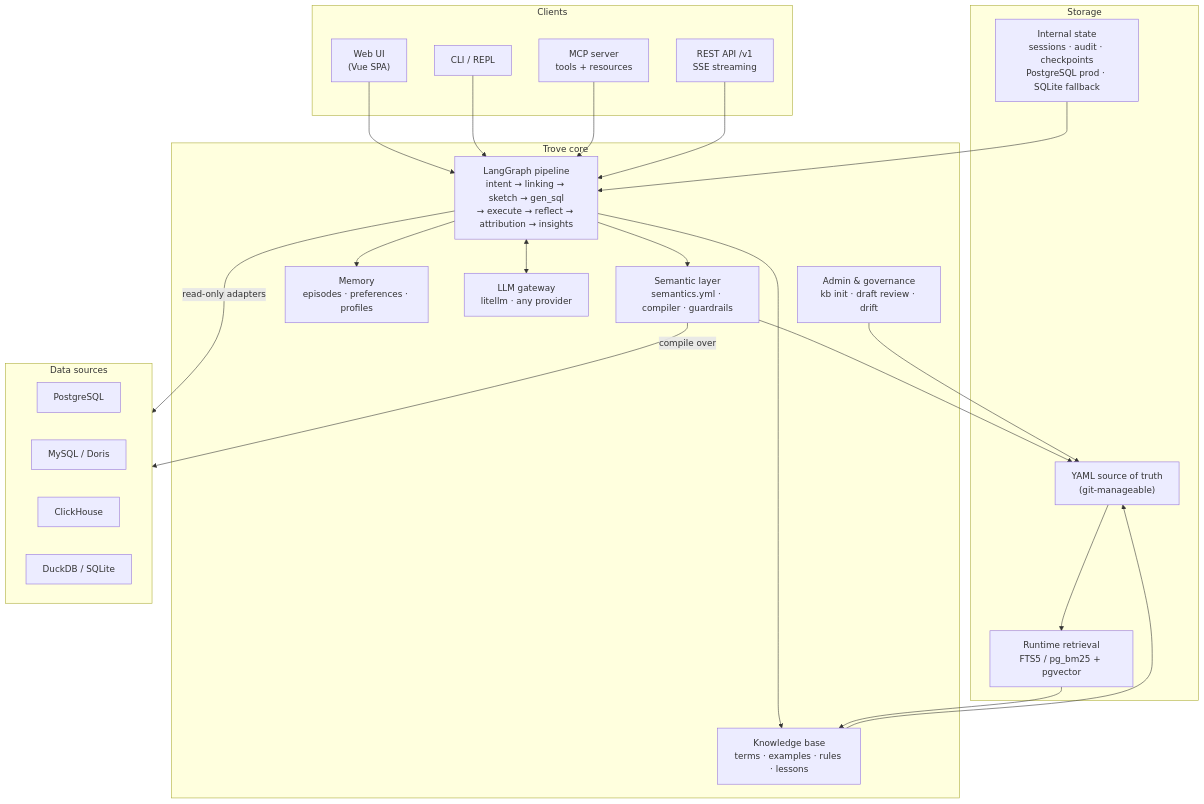
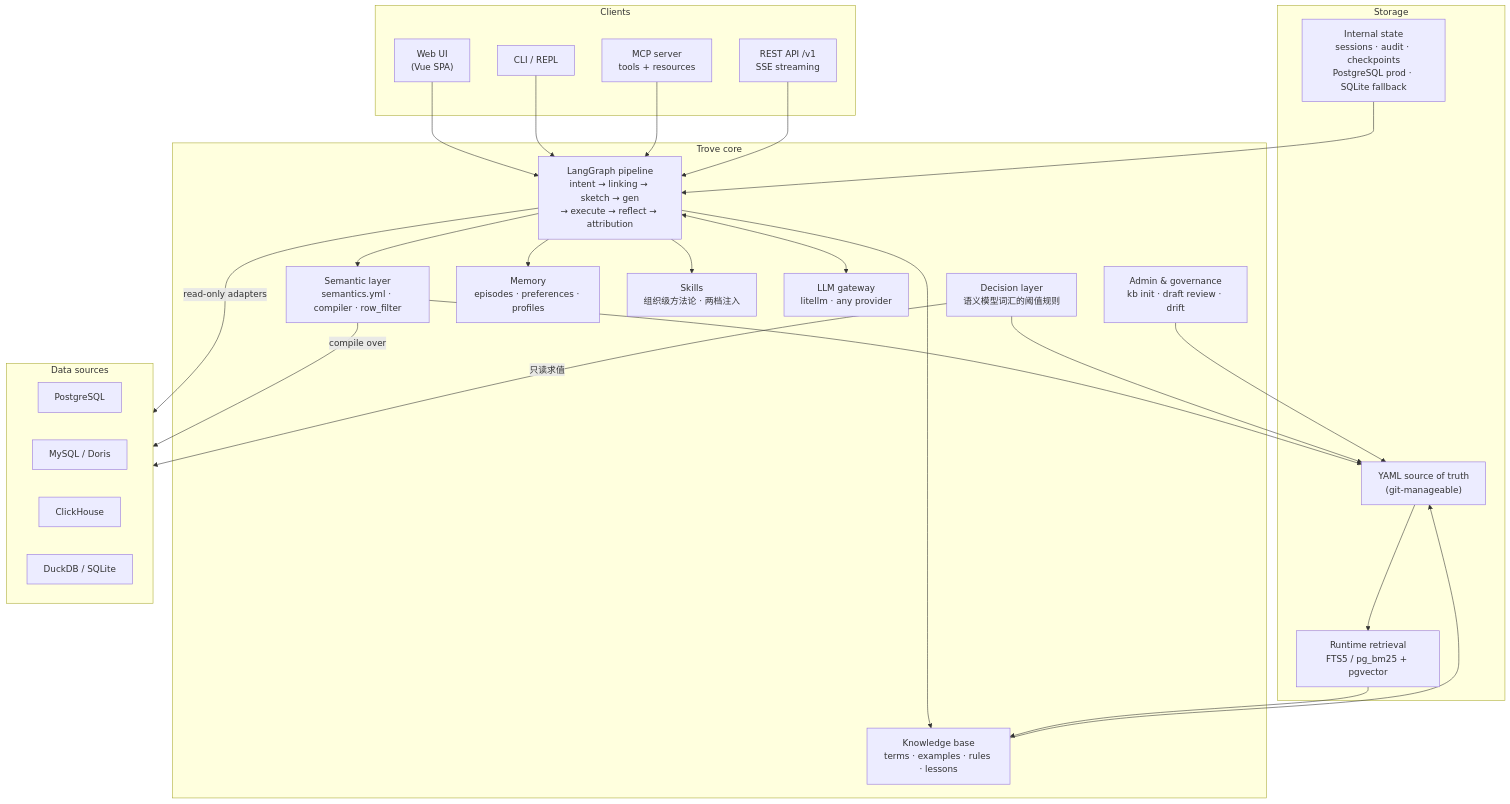
The first of 4 diagrams in README.md (Nivane/trove), drawn with Mermaid before and after one commit. The commit also changed other lines of this file and 2 other files, not shown here.

````diff
--- a/README.md
+++ b/README.md
@@ -67,43 +74,47 @@
 ```mermaid
 flowchart TB
     subgraph clients["Clients"]
         UI["Web UI<br/>(Vue SPA)"]
         REPL["CLI / REPL"]
         MCP["MCP server<br/>tools + resources"]
         API["REST API /v1<br/>SSE streaming"]
     end
 
     subgraph core["Trove core"]
-        wf["LangGraph pipeline<br/>intent → linking → sketch → gen_sql<br/>→ execute → reflect → attribution → insights"]
-        semantic["Semantic layer<br/>semantics.yml · compiler · guardrails"]
+        wf["LangGraph pipeline<br/>intent → linking → sketch → gen<br/>→ execute → reflect → attribution"]
+        semantic["Semantic layer<br/>semantics.yml · compiler · row_filter"]
         kb["Knowledge base<br/>terms · examples · rules · lessons"]
+        decision["Decision layer<br/>语义模型词汇的阈值规则"]
         memory["Memory<br/>episodes · preferences · profiles"]
+        skills["Skills<br/>组织级方法论 · 两档注入"]
         llm["LLM gateway<br/>litellm · any provider"]
         admin["Admin & governance<br/>kb init · draft review · drift"]
     end
 
     subgraph store["Storage"]
         yaml_src["YAML source of truth<br/>(git-manageable)"]
         rt["Runtime retrieval<br/>FTS5 / pg_bm25 + pgvector"]
         state_store["Internal state<br/>sessions · audit · checkpoints<br/>PostgreSQL prod · SQLite fallback"]
     end
 
     subgraph sources["Data sources"]
         src_pg["PostgreSQL"]
         src_my["MySQL / Doris"]
         src_ch["ClickHouse"]
         src_dk["DuckDB / SQLite"]
     end
 
     UI & REPL & MCP & API --> wf
     wf <--> llm
-    wf --> semantic & kb & memory
+    wf --> semantic & kb & memory & skills
     semantic --> yaml_src
     kb --> yaml_src
+    decision --> yaml_src
     yaml_src --> rt
     rt --> kb
     wf -->|"read-only adapters"| sources
     semantic -->|"compile over"| sources
+    decision -->|"只读求值"| sources
     admin --> yaml_src
     state_store --> wf
 ```
````
